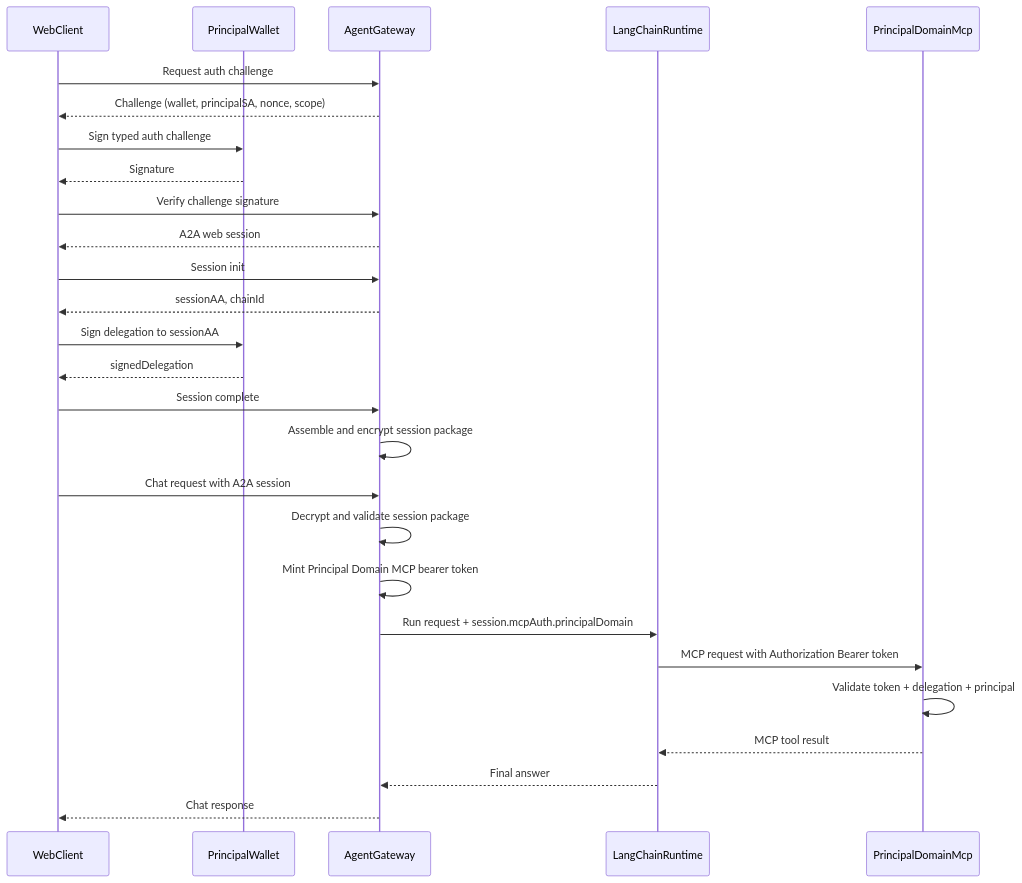
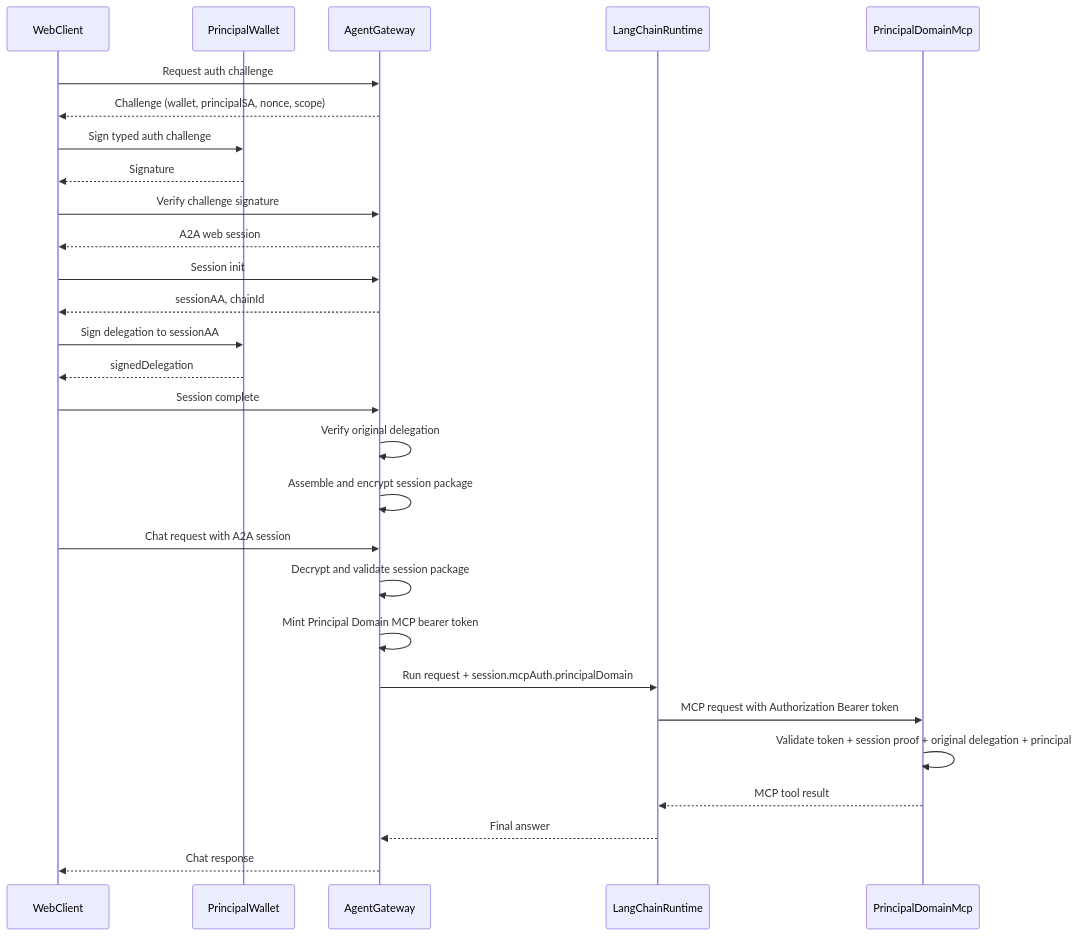
Before and after one commit to RichCanvas3/gym: the fifth of 6 diagrams in documents/siwe-for-agents-mcp-architecture.md, drawn with Mermaid. The commit also changed other lines of this file, not shown here.

````diff
--- a/documents/siwe-for-agents-mcp-architecture.md
+++ b/documents/siwe-for-agents-mcp-architecture.md
@@ -322,32 +417,33 @@
 ```mermaid
 sequenceDiagram
   participant WebClient
   participant PrincipalWallet
   participant AgentGateway
   participant LangChainRuntime
   participant PrincipalDomainMcp
 
   WebClient->>AgentGateway: Request auth challenge
   AgentGateway-->>WebClient: Challenge (wallet, principalSA, nonce, scope)
   WebClient->>PrincipalWallet: Sign typed auth challenge
   PrincipalWallet-->>WebClient: Signature
   WebClient->>AgentGateway: Verify challenge signature
   AgentGateway-->>WebClient: A2A web session
 
   WebClient->>AgentGateway: Session init
   AgentGateway-->>WebClient: sessionAA, chainId
   WebClient->>PrincipalWallet: Sign delegation to sessionAA
   PrincipalWallet-->>WebClient: signedDelegation
   WebClient->>AgentGateway: Session complete
+  AgentGateway->>AgentGateway: Verify original delegation
   AgentGateway->>AgentGateway: Assemble and encrypt session package
 
   WebClient->>AgentGateway: Chat request with A2A session
   AgentGateway->>AgentGateway: Decrypt and validate session package
   AgentGateway->>AgentGateway: Mint Principal Domain MCP bearer token
   AgentGateway->>LangChainRuntime: Run request + session.mcpAuth.principalDomain
   LangChainRuntime->>PrincipalDomainMcp: MCP request with Authorization Bearer token
-  PrincipalDomainMcp->>PrincipalDomainMcp: Validate token + delegation + principal
+  PrincipalDomainMcp->>PrincipalDomainMcp: Validate token + session proof + original delegation + principal
   PrincipalDomainMcp-->>LangChainRuntime: MCP tool result
   LangChainRuntime-->>AgentGateway: Final answer
   AgentGateway-->>WebClient: Chat response
 ```
````
